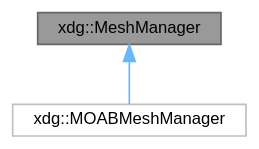
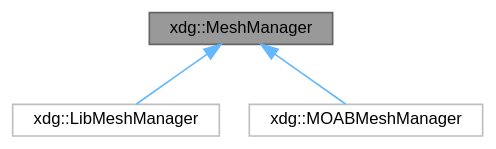
One commit to xdg-org/xdg changed the diagram in classxdg_1_1MeshManager__inherit__graph.dot. Above: the diagram before and after it, drawn with Graphviz. The commit also changed 64 other files, not shown here.

```diff
--- a/classxdg_1_1MeshManager__inherit__graph.dot
+++ b/classxdg_1_1MeshManager__inherit__graph.dot
@@ -1,10 +1,12 @@
 digraph "xdg::MeshManager"
 {
  // LATEX_PDF_SIZE
   bgcolor="transparent";
   edge [fontname=Helvetica,fontsize=10,labelfontname=Helvetica,labelfontsize=10];
   node [fontname=Helvetica,fontsize=10,shape=box,height=0.2,width=0.4];
   Node1 [id="Node000001",label="xdg::MeshManager",height=0.2,width=0.4,color="gray40", fillcolor="grey60", style="filled", fontcolor="black",tooltip=" "];
   Node1 -> Node2 [id="edge1_Node000001_Node000002",dir="back",color="steelblue1",style="solid",tooltip=" "];
-  Node2 [id="Node000002",label="xdg::MOABMeshManager",height=0.2,width=0.4,color="grey75", fillcolor="white", style="filled",URL="$classxdg_1_1MOABMeshManager.html",tooltip=" "];
+  Node2 [id="Node000002",label="xdg::LibMeshManager",height=0.2,width=0.4,color="grey75", fillcolor="white", style="filled",URL="$classxdg_1_1LibMeshManager.html",tooltip=" "];
+  Node1 -> Node3 [id="edge2_Node000001_Node000003",dir="back",color="steelblue1",style="solid",tooltip=" "];
+  Node3 [id="Node000003",label="xdg::MOABMeshManager",height=0.2,width=0.4,color="grey75", fillcolor="white", style="filled",URL="$classxdg_1_1MOABMeshManager.html",tooltip=" "];
 }
```
